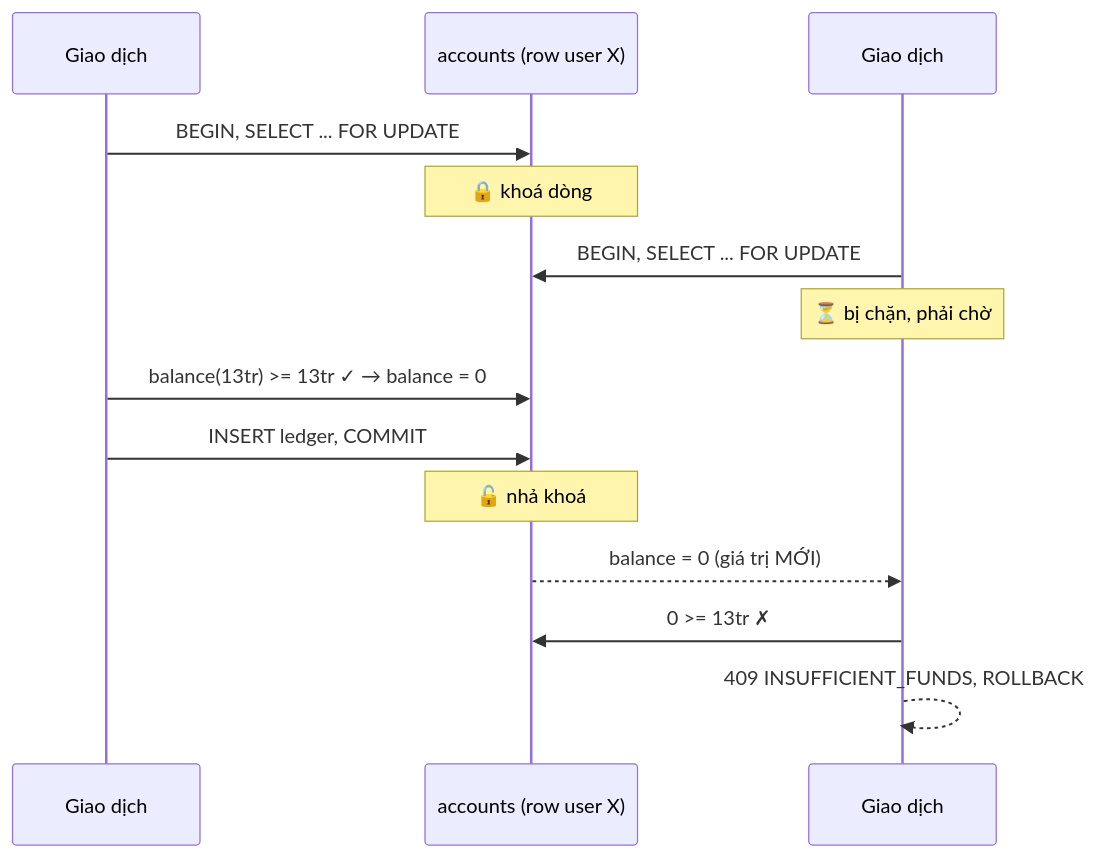
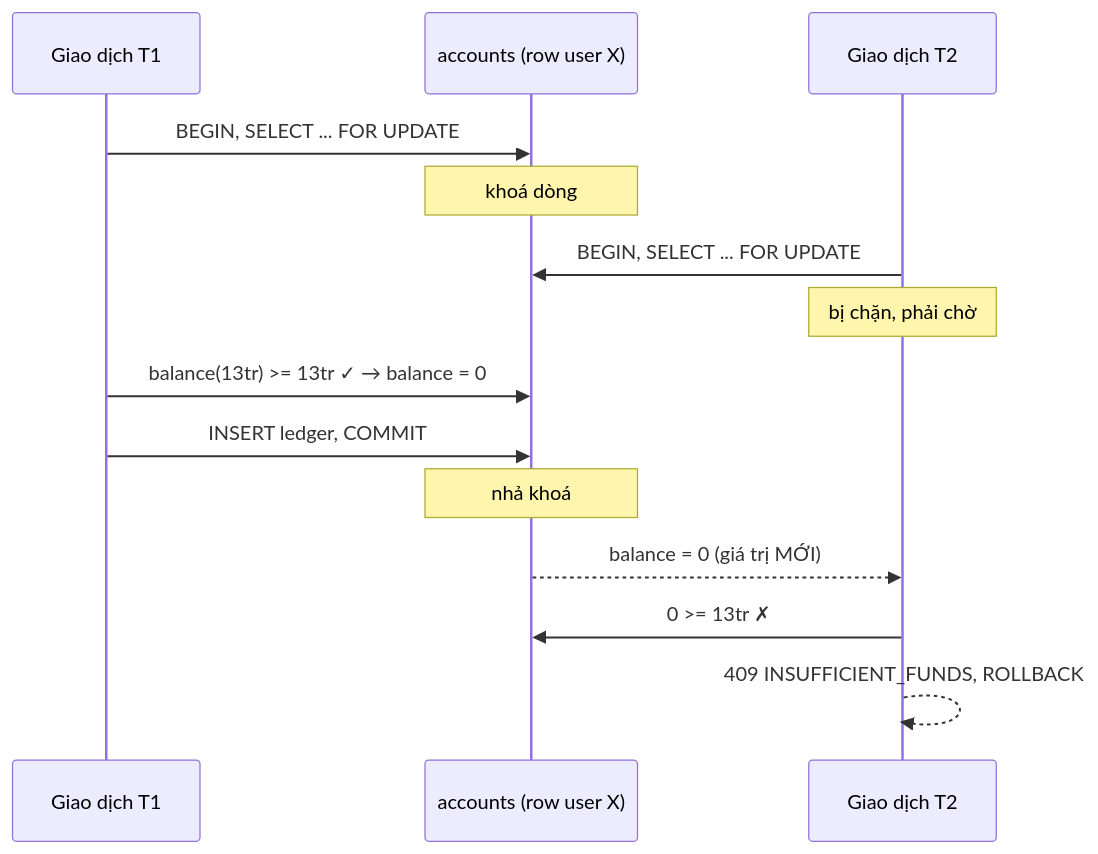
Before and after one commit to vincentminhkarma/soa-ibanking-hoc-phi: the second of 3 diagrams in docs/04-transaction-concurrency.md, drawn with Mermaid. The commit also changed other lines of this file and 9 other files, not shown here.

````diff
--- a/docs/04-transaction-concurrency.md
+++ b/docs/04-transaction-concurrency.md
@@ -95,17 +95,17 @@
 ```mermaid
 sequenceDiagram
-    participant T1 as Giao dịch #1
+    participant T1 as Giao dịch T1
     participant DB as accounts (row user X)
-    participant T2 as Giao dịch #2
+    participant T2 as Giao dịch T2
 
     T1->>DB: BEGIN, SELECT ... FOR UPDATE
-    Note over DB: 🔒 khoá dòng
+    Note over DB: khoá dòng
     T2->>DB: BEGIN, SELECT ... FOR UPDATE
-    Note over T2: ⏳ bị chặn, phải chờ
+    Note over T2: bị chặn, phải chờ
     T1->>DB: balance(13tr) >= 13tr ✓ → balance = 0
     T1->>DB: INSERT ledger, COMMIT
-    Note over DB: 🔓 nhả khoá
+    Note over DB: nhả khoá
     DB-->>T2: balance = 0 (giá trị MỚI)
     T2->>DB: 0 >= 13tr ✗
     T2-->>T2: 409 INSUFFICIENT_FUNDS, ROLLBACK
 ```
````
